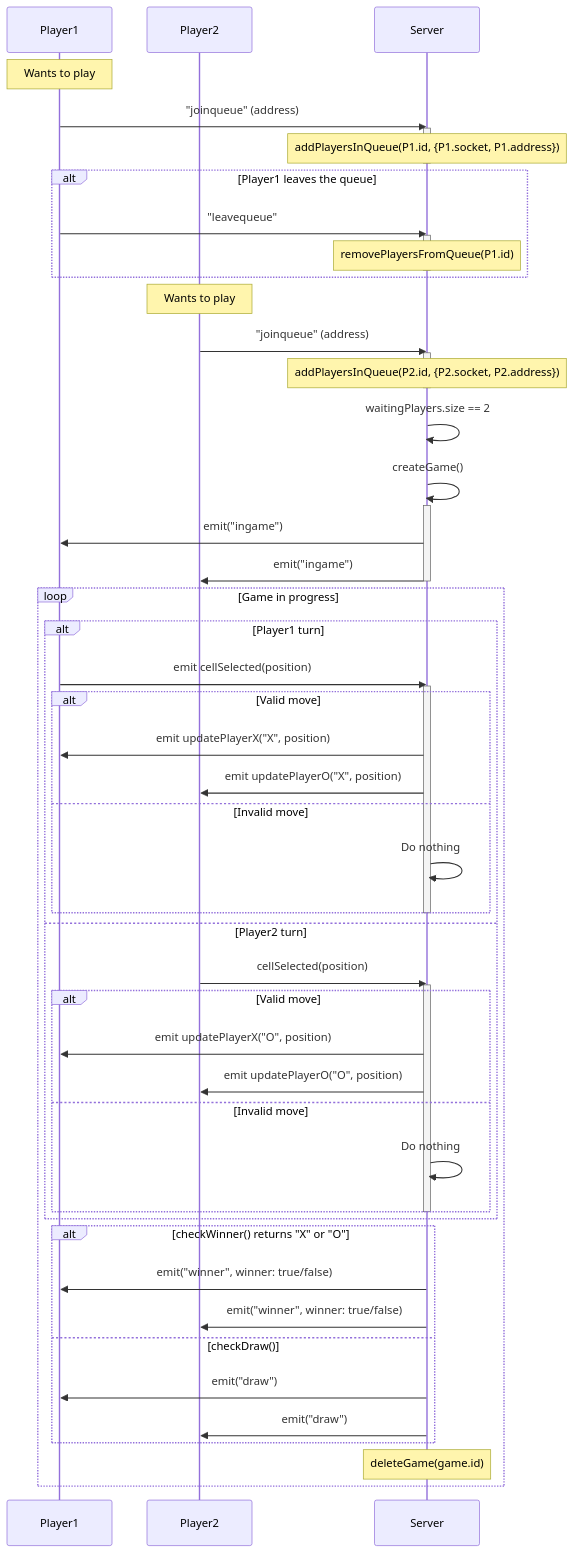
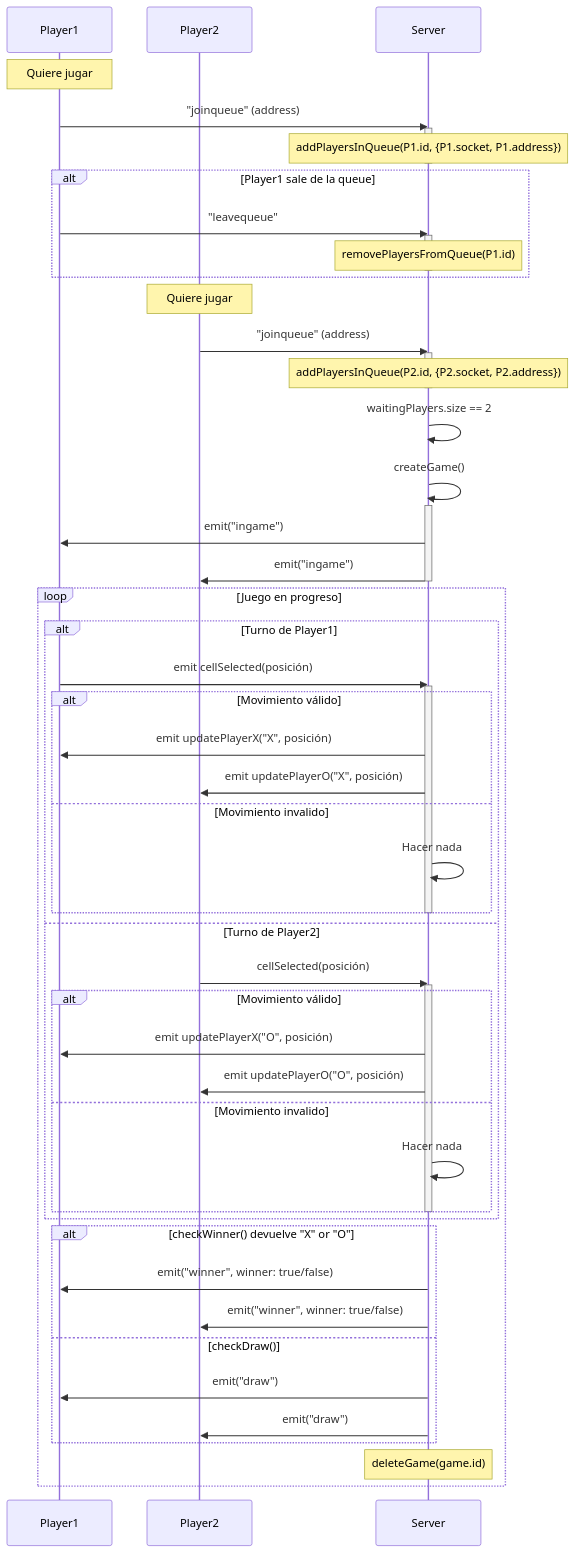
One commit to lucasbuyatti/Juego-y-SmartContract changed the third of 3 diagrams in README.md. Above: the diagram before and after it, drawn with Mermaid. The commit also changed other lines of this file, not shown here.

````diff
--- a/README.md
+++ b/README.md
@@ -62,66 +62,66 @@
 ```mermaid
 sequenceDiagram
     participant P1 as Player1
     participant P2 as Player2
     participant Serv as Server
 
-    Note over P1: Wants to play
+    Note over P1: Quiere jugar
     P1->>Serv: "joinqueue" (address)
     activate Serv
     Note over Serv: addPlayersInQueue(P1.id, {P1.socket, P1.address})
     deactivate Serv
 
-    alt Player1 leaves the queue
+    alt Player1 sale de la queue
         P1->>Serv: "leavequeue"
         activate Serv
         Note over Serv: removePlayersFromQueue(P1.id)
         deactivate Serv
     end
 
-    Note over P2: Wants to play
+    Note over P2: Quiere jugar
     P2->>Serv: "joinqueue" (address)
     activate Serv
     Note over Serv: addPlayersInQueue(P2.id, {P2.socket, P2.address})
     deactivate Serv
 
     Serv->>Serv: waitingPlayers.size == 2
     Serv->>Serv: createGame()
     activate Serv
     Serv->>P1: emit("ingame")
     Serv->>P2: emit("ingame")
     deactivate Serv
 
-    loop Game in progress
-        alt Player1 turn
-            P1->>Serv: emit cellSelected(position)
+    loop Juego en progreso
+        alt Turno de Player1
+            P1->>Serv: emit cellSelected(posición)
             activate Serv
-            alt Valid move
-                Serv->>P1: emit updatePlayerX("X", position)
-                Serv->>P2: emit updatePlayerO("X", position)
-            else Invalid move
-                Serv->>Serv: Do nothing
+            alt Movimiento válido
+                Serv->>P1: emit updatePlayerX("X", posición)
+                Serv->>P2: emit updatePlayerO("X", posición)
+            else Movimiento invalido
+                Serv->>Serv: Hacer nada
             end
             deactivate Serv
-        else Player2 turn
-            P2->>Serv: cellSelected(position)
+        else Turno de Player2
+            P2->>Serv: cellSelected(posición)
             activate Serv
-            alt Valid move
-                Serv->>P1: emit updatePlayerX("O", position)
-                Serv->>P2: emit updatePlayerO("O", position)
-            else Invalid move
-                Serv->>Serv: Do nothing
+            alt Movimiento válido
+                Serv->>P1: emit updatePlayerX("O", posición)
+                Serv->>P2: emit updatePlayerO("O", posición)
+            else Movimiento invalido
+                Serv->>Serv: Hacer nada
             end
             deactivate Serv
         end
 
-        alt checkWinner() returns "X" or "O"
+        alt checkWinner() devuelve "X" or "O"
             Serv->>P1: emit("winner", winner: true/false)
             Serv->>P2: emit("winner", winner: true/false)
         else checkDraw()
             Serv->>P1: emit("draw")
             Serv->>P2: emit("draw")
         end
         Note over Serv: deleteGame(game.id)
     end
 
 ```
````
